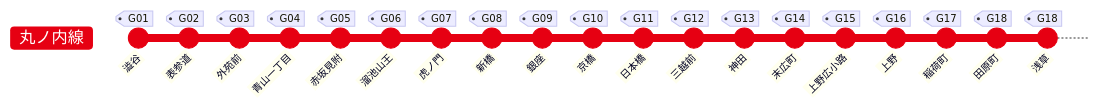
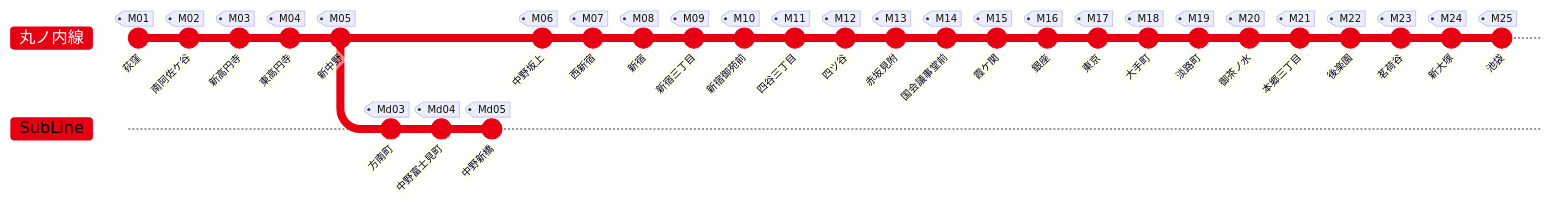
The diagram in 02_MarunouchiLine.md (k-haruaki/tokyo-metro), drawn with Mermaid before and after one commit.

Commit message:
丸ノ内線の作成

````diff
--- a/02_MarunouchiLine.md
+++ b/02_MarunouchiLine.md
@@ -1,23 +1,34 @@
 ```mermaid
-%%{ init: { 'themeVariables': { 'git0': '#e60012' },'gitGraph':{'mainBranchName': '丸ノ内線'} } }%%
+%%{init: {'themeVariables': { 'git0': '#e60012', 'git1': '#e60012' }, 'gitGraph':{'mainBranchName': '丸ノ内線'}} }%%
 gitGraph
-    commit id: "澁谷" tag: "G01"
-    commit id: "表参道" tag: "G02"
-    commit id: "外苑前" tag: "G03"
-    commit id: "青山一丁目" tag: "G04"
-    commit id: "赤坂見附" tag: "G05"
-    commit id: "溜池山王" tag: "G06"
-    commit id: "虎ノ門" tag: "G07"
-    commit id: "新橋" tag: "G08"
-    commit id: "銀座" tag: "G09"
-    commit id: "京橋" tag: "G10"
-    commit id: "日本橋" tag: "G11"
-    commit id: "三越前" tag: "G12"
-    commit id: "神田" tag: "G13"
-    commit id: "末広町" tag: "G14"
-    commit id: "上野広小路" tag: "G15"
-    commit id: "上野" tag: "G16"
-    commit id: "稲荷町" tag: "G17"
-    commit id: "田原町" tag: "G18"
-    commit id: "浅草" tag: "G18"
+    commit id: "荻窪" tag: "M01"
+    commit id: "南阿佐ケ谷" tag: "M02"
+    commit id: "新高円寺" tag: "M03"
+    commit id: "東高円寺" tag: "M04"
+    commit id: "新中野" tag: "M05"
+    branch SubLine
+        commit id: "方南町" tag: "Md03"
+        commit id: "中野富士見町" tag: "Md04"
+        commit id: "中野新橋" tag: "Md05"
+    checkout '丸ノ内線'
+    commit id: "中野坂上" tag: "M06"
+    commit id: "西新宿" tag: "M07"
+    commit id: "新宿" tag: "M08"
+    commit id: "新宿三丁目" tag: "M09"
+    commit id: "新宿御苑前" tag: "M10"
+    commit id: "四谷三丁目" tag: "M11"
+    commit id: "四ツ谷" tag: "M12"
+    commit id: "赤坂見附" tag: "M13"
+    commit id: "国会議事堂前" tag: "M14"
+    commit id: "霞ケ関" tag: "M15"
+    commit id: "銀座" tag: "M16"
+    commit id: "東京" tag: "M17"
+    commit id: "大手町" tag: "M18"
+    commit id: "淡路町" tag: "M19"
+    commit id: "御茶ノ水" tag: "M20"
+    commit id: "本郷三丁目" tag: "M21"
+    commit id: "後楽園" tag: "M22"
+    commit id: "茗荷谷" tag: "M23"
+    commit id: "新大塚" tag: "M24"
+    commit id: "池袋" tag: "M25"
 ```
````
